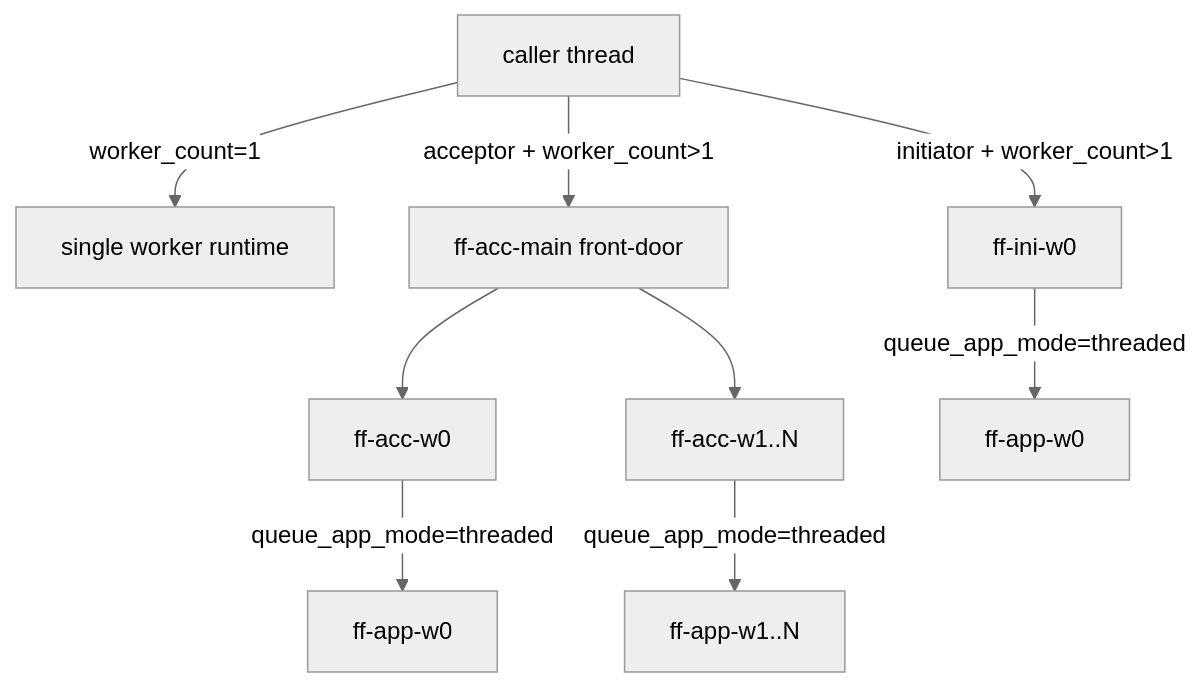
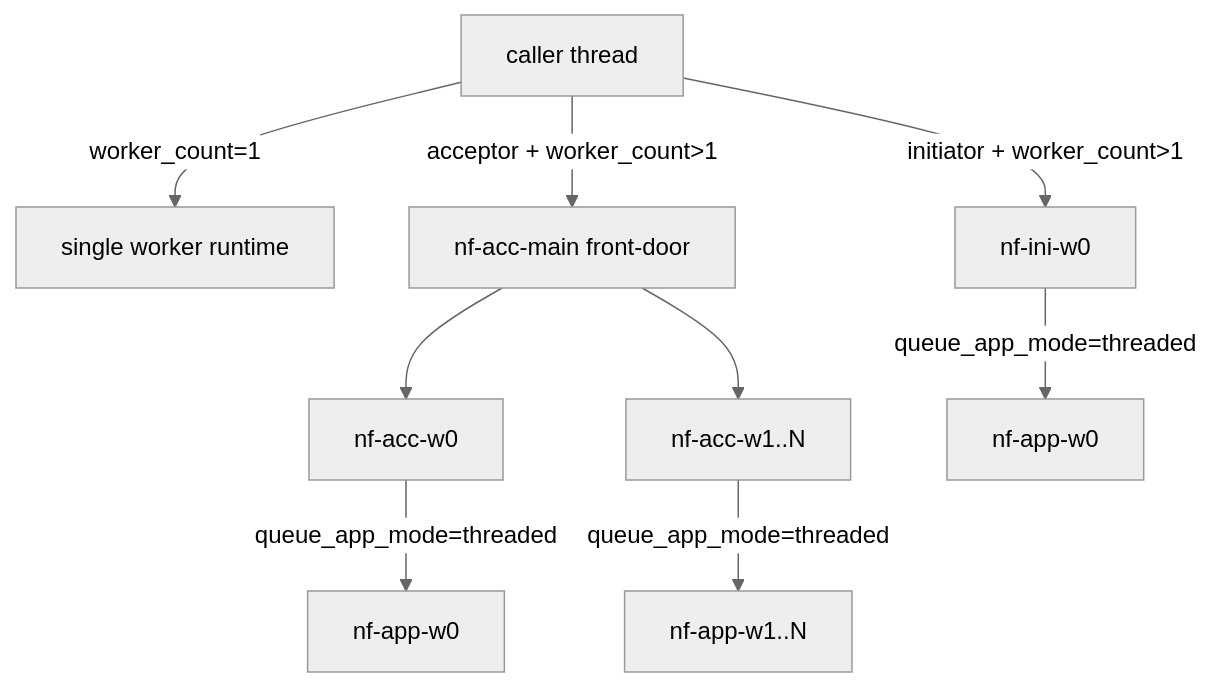
Before and after one commit to yhwwwwww/fastfix: the fourth of 4 diagrams in docs/architecture.md, drawn with Mermaid (neutral theme). The commit also changed other lines of this file and 10 other files, not shown here.

````diff
--- a/docs/architecture.md
+++ b/docs/architecture.md
@@ -626,11 +626,11 @@
 ```mermaid
 flowchart TB
     CALLER["caller thread"] -->|worker_count=1| ONE["single worker runtime"]
-    CALLER -->|acceptor + worker_count>1| FD["ff-acc-main front-door"]
-    CALLER -->|initiator + worker_count>1| W0["ff-ini-w0"]
-    FD --> W1["ff-acc-w0"]
-    FD --> W2["ff-acc-w1..N"]
-    W0 -->|queue_app_mode=threaded| A0["ff-app-w0"]
-    W1 -->|queue_app_mode=threaded| A1["ff-app-w0"]
-    W2 -->|queue_app_mode=threaded| A2["ff-app-w1..N"]
+    CALLER -->|acceptor + worker_count>1| FD["nf-acc-main front-door"]
+    CALLER -->|initiator + worker_count>1| W0["nf-ini-w0"]
+    FD --> W1["nf-acc-w0"]
+    FD --> W2["nf-acc-w1..N"]
+    W0 -->|queue_app_mode=threaded| A0["nf-app-w0"]
+    W1 -->|queue_app_mode=threaded| A1["nf-app-w0"]
+    W2 -->|queue_app_mode=threaded| A2["nf-app-w1..N"]
 ```
````
